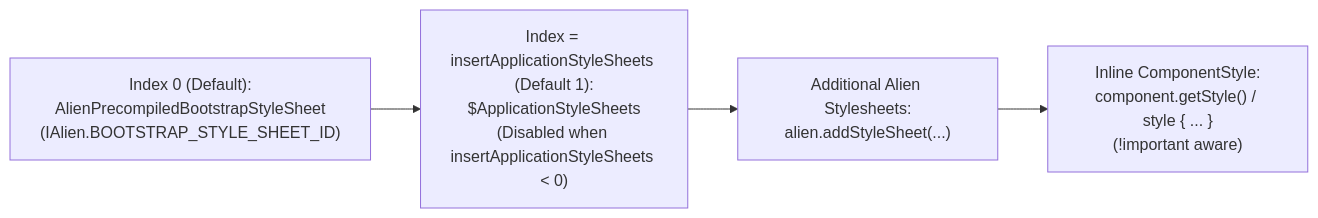
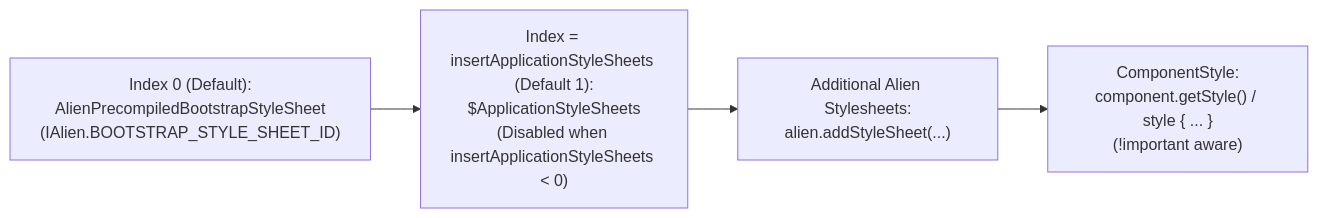
Before and after one commit to GenericUI/Extensions: the first of 2 diagrams in docs/alien.md, drawn with Mermaid. The commit also changed other lines of this file and 105 other files, not shown here.

````diff
--- a/docs/alien.md
+++ b/docs/alien.md
@@ -61,9 +61,9 @@
 ```mermaid
 flowchart LR
     Index0["Index 0 (Default):<br/>AlienPrecompiledBootstrapStyleSheet<br/>(IAlien.BOOTSTRAP_STYLE_SHEET_ID)"]
     AppSheets["Index = insertApplicationStyleSheets (Default 1):<br/>$ApplicationStyleSheets<br/>(Disabled when insertApplicationStyleSheets < 0)"]
     CustomSheets["Additional Alien Stylesheets:<br/>alien.addStyleSheet(...)"]
-    InlineStyle["Inline ComponentStyle:<br/>component.getStyle() / style { ... }<br/>(!important aware)"]
+    CompStyle["ComponentStyle:<br/>component.getStyle() / style { ... }<br/>(!important aware)"]
 
-    Index0 --> AppSheets --> CustomSheets --> InlineStyle
+    Index0 --> AppSheets --> CustomSheets --> CompStyle
 ```
````
